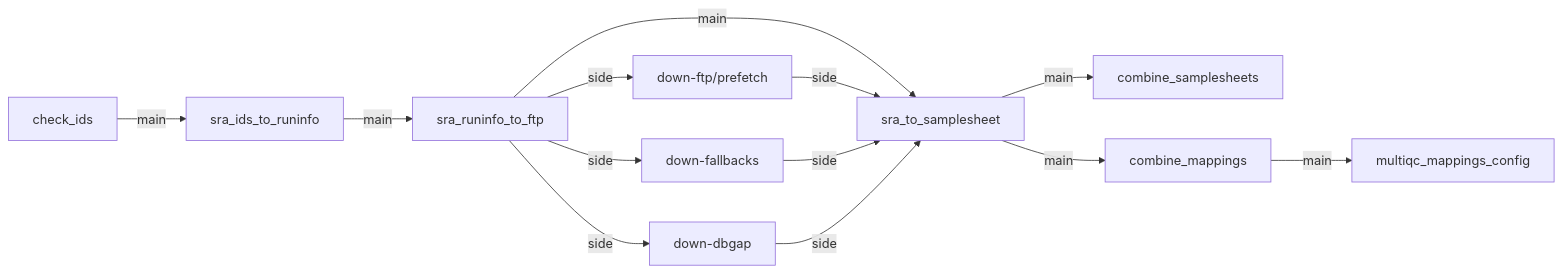
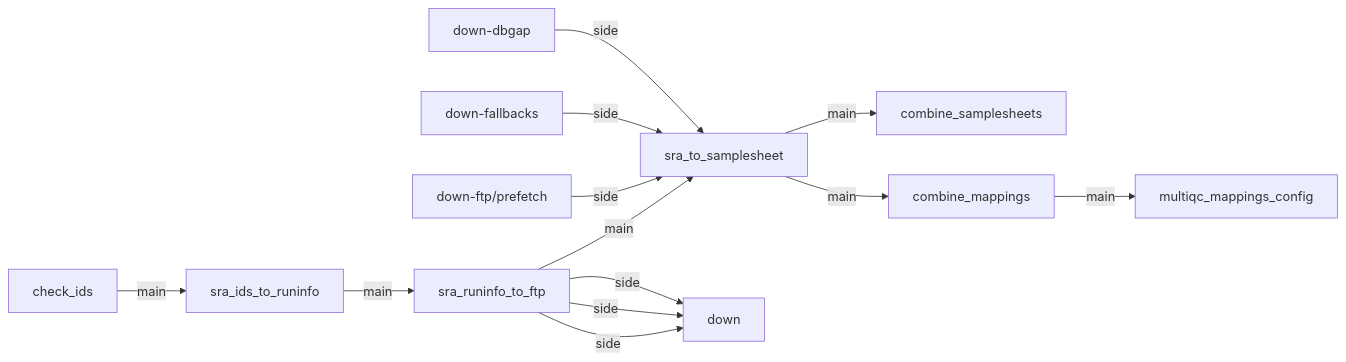
One commit to oxo-flow-community/oxo-flow-community.github.io changed the diagram in scripts/semantic_maps/oxo-flow-fetchngs.mmd. Above: the diagram before and after it, drawn with Mermaid. The commit also changed 48 other files, not shown here.

```diff
--- a/scripts/semantic_maps/oxo-flow-fetchngs.mmd
+++ b/scripts/semantic_maps/oxo-flow-fetchngs.mmd
@@ -1,19 +1,19 @@
 %%metro line: main | Main pipeline | #79706E
 %%metro line: side | Assist routes | #E8A33D
 %%metro font_scale: 1.9
 %%metro stroke_scale: 1.6
 %%metro legend: br
 
 graph LR
     check_ids -->|main| sra_ids_to_runinfo
     sra_ids_to_runinfo -->|main| sra_runinfo_to_ftp
     sra_runinfo_to_ftp -->|main| sra_to_samplesheet
     sra_to_samplesheet -->|main| combine_samplesheets
     sra_to_samplesheet -->|main| combine_mappings
     combine_mappings -->|main| multiqc_mappings_config
-    sra_runinfo_to_ftp -->|side| down-ftp/prefetch
-    sra_runinfo_to_ftp -->|side| down-fallbacks
-    sra_runinfo_to_ftp -->|side| down-dbgap
+    sra_runinfo_to_ftp -->|side| down
+    sra_runinfo_to_ftp -->|side| down
+    sra_runinfo_to_ftp -->|side| down
     down-ftp/prefetch -->|side| sra_to_samplesheet
     down-fallbacks -->|side| sra_to_samplesheet
     down-dbgap -->|side| sra_to_samplesheet
```
